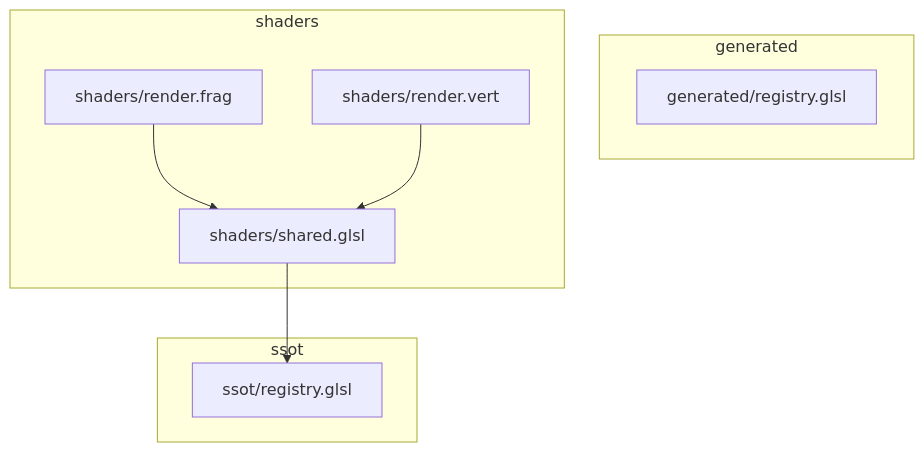
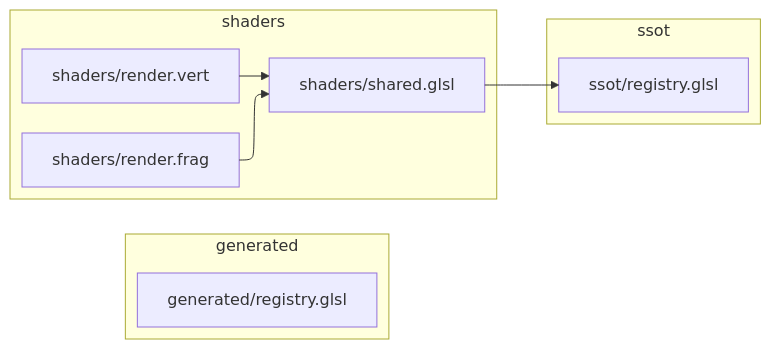
Before and after one commit to beyondbrokkoli/chess_rts: the diagram in docs/deps_glsl.md, drawn with Mermaid. The commit also changed 5 other files, not shown here.

````diff
--- a/docs/deps_glsl.md
+++ b/docs/deps_glsl.md
@@ -1,18 +1,19 @@
 ```mermaid
-graph TD
+%%{init: {"flowchart": {"defaultRenderer": "elk"}}}%%
+flowchart LR
     %% WeaverEngine GLSL Dependencies
     subgraph generated
         generated_registry_glsl["generated/registry.glsl"]
     end
     subgraph shaders
         shaders_render_frag["shaders/render.frag"]
         shaders_render_vert["shaders/render.vert"]
         shaders_shared_glsl["shaders/shared.glsl"]
     end
     subgraph ssot
         ssot_registry_glsl["ssot/registry.glsl"]
     end
     shaders_render_frag --> shaders_shared_glsl
     shaders_render_vert --> shaders_shared_glsl
     shaders_shared_glsl --> ssot_registry_glsl
 ```
````
